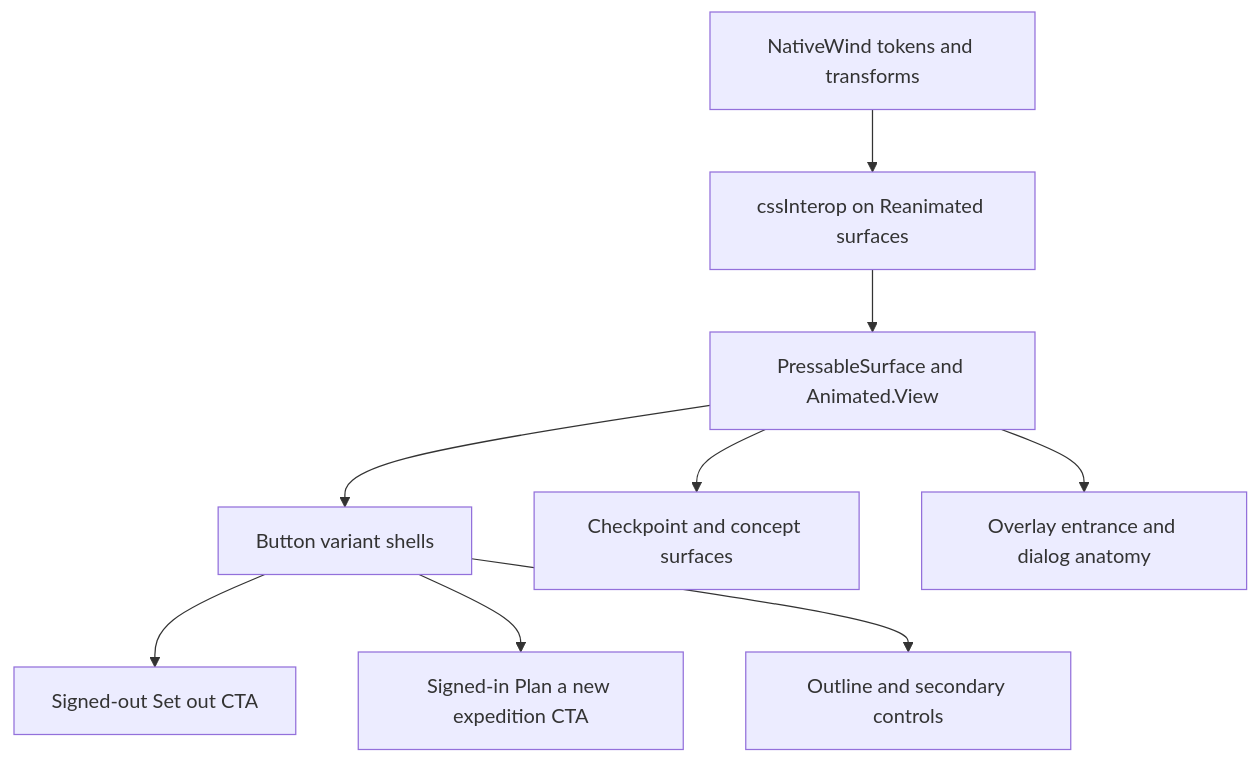
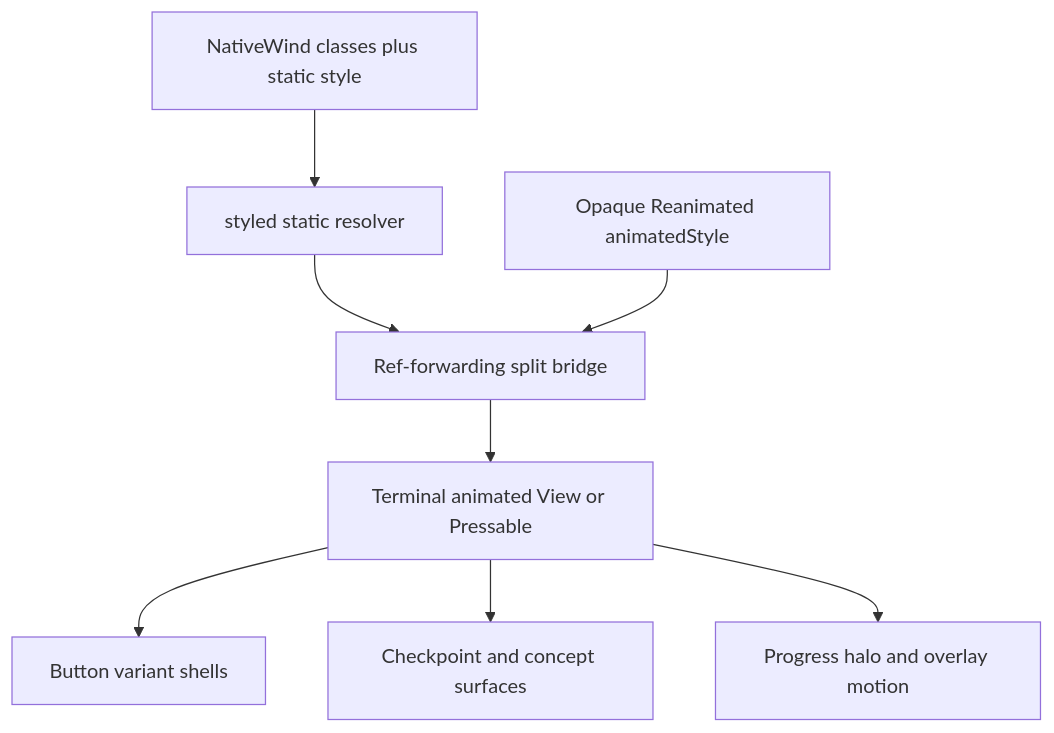
Before and after one commit to sergkhl/lrnki: the diagram in docs/plans/2026-07-13-004-fix-learner-app-native-parity-plan.md, drawn with Mermaid. The commit also changed other lines of this file and 12 other files, not shown here.

Commit message:
refactor(motion): enhance animated component handling and testing for NativeWind v5 compatibility

````diff
--- a/docs/plans/2026-07-13-004-fix-learner-app-native-parity-plan.md
+++ b/docs/plans/2026-07-13-004-fix-learner-app-native-parity-plan.md
@@ -132,11 +136,10 @@
 ```mermaid
 flowchart TB
-  A[NativeWind tokens and transforms] --> B[cssInterop on Reanimated surfaces]
-  B --> C[PressableSurface and Animated.View]
-  C --> D[Button variant shells]
-  C --> E[Checkpoint and concept surfaces]
-  C --> F[Overlay entrance and dialog anatomy]
-  D --> G[Signed-out Set out CTA]
-  D --> H[Signed-in Plan a new expedition CTA]
-  D --> I[Outline and secondary controls]
+  A[NativeWind classes plus static style] --> B[styled static resolver]
+  B --> C[Ref-forwarding split bridge]
+  D[Opaque Reanimated animatedStyle] --> C
+  C --> E[Terminal animated View or Pressable]
+  E --> F[Button variant shells]
+  E --> G[Checkpoint and concept surfaces]
+  E --> H[Progress halo and overlay motion]
 ```
````
